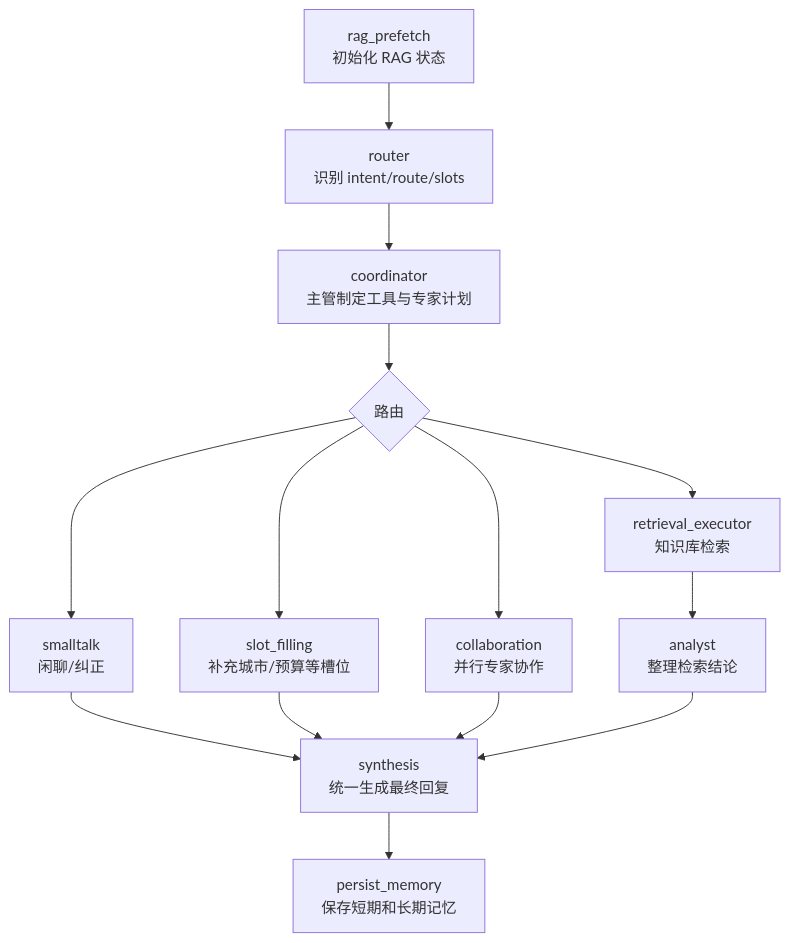
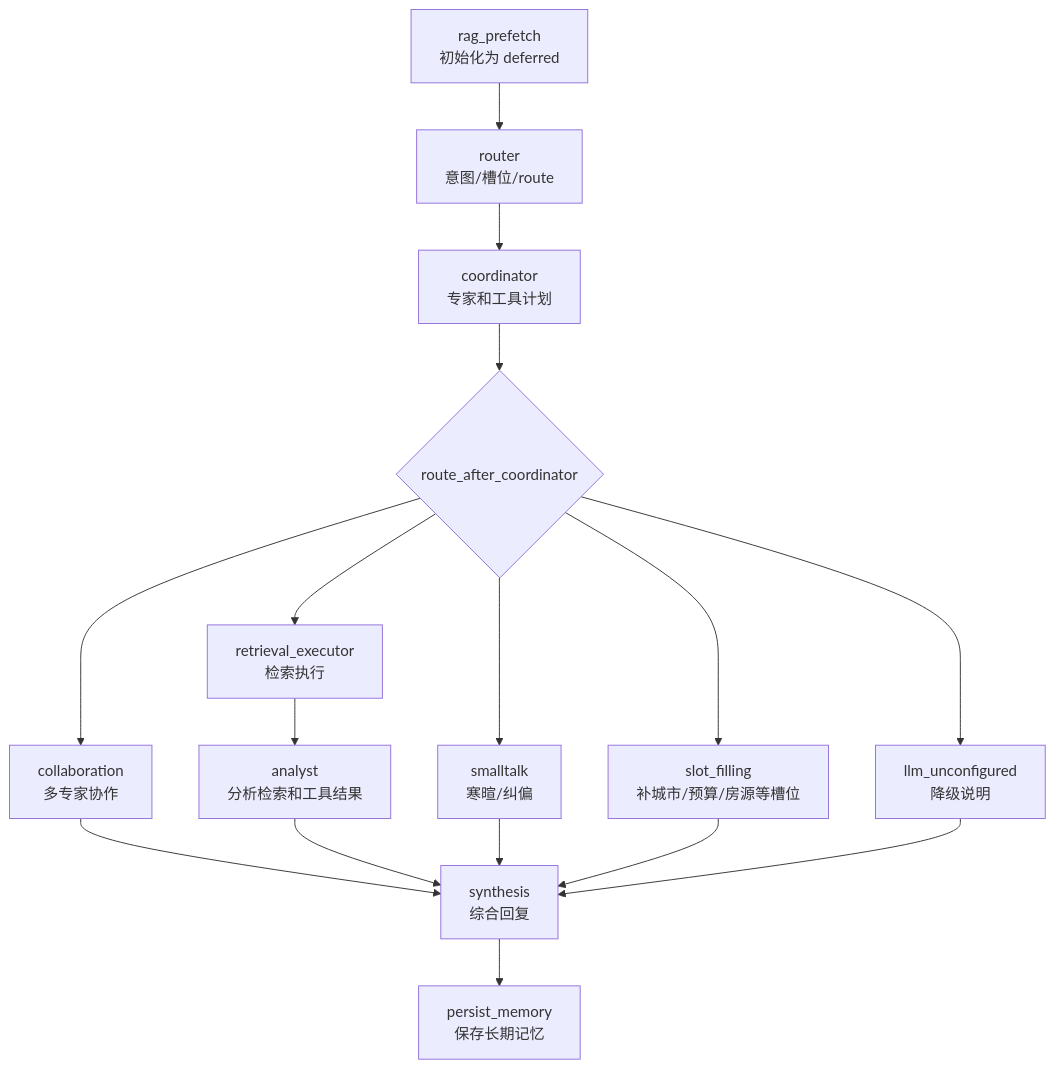
Before and after one commit to zhijij/zhuf: the third of 3 diagrams in docs/ai-logic-and-implementation.md, drawn with Mermaid. The commit also changed other lines of this file and 2 other files, not shown here.

````diff
--- a/docs/ai-logic-and-implementation.md
+++ b/docs/ai-logic-and-implementation.md
@@ -155,16 +231,18 @@
 ```mermaid
 flowchart TD
-    A["rag_prefetch<br/>初始化 RAG 状态"] --> B["router<br/>识别 intent/route/slots"]
-    B --> C["coordinator<br/>主管制定工具与专家计划"]
-    C --> D{"路由"}
-    D --> E["smalltalk<br/>闲聊/纠正"]
-    D --> F["slot_filling<br/>补充城市/预算等槽位"]
-    D --> G["retrieval_executor<br/>知识库检索"]
-    D --> H["collaboration<br/>并行专家协作"]
-    G --> I["analyst<br/>整理检索结论"]
-    E --> J["synthesis<br/>统一生成最终回复"]
+    A["rag_prefetch<br/>初始化为 deferred"] --> B["router<br/>意图/槽位/route"]
+    B --> C["coordinator<br/>专家和工具计划"]
+    C --> D{"route_after_coordinator"}
+    D --> E["smalltalk<br/>寒暄/纠偏"]
+    D --> F["slot_filling<br/>补城市/预算/房源等槽位"]
+    D --> G["collaboration<br/>多专家协作"]
+    D --> H["retrieval_executor<br/>检索执行"]
+    D --> I["llm_unconfigured<br/>降级说明"]
+    G --> J["synthesis<br/>综合回复"]
+    H --> K["analyst<br/>分析检索和工具结果"]
+    K --> J
+    E --> J
     F --> J
-    H --> J
     I --> J
-    J --> K["persist_memory<br/>保存短期和长期记忆"]
+    J --> L["persist_memory<br/>保存长期记忆"]
 ```
````
